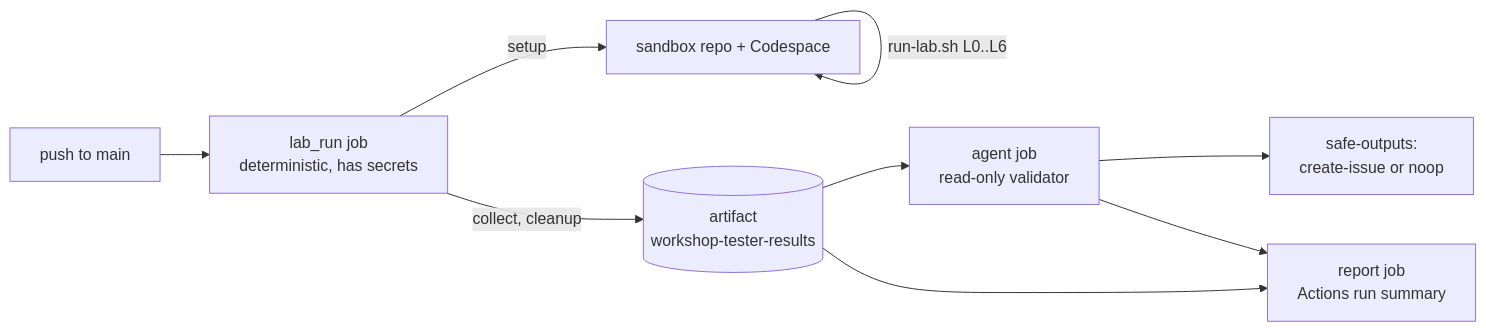
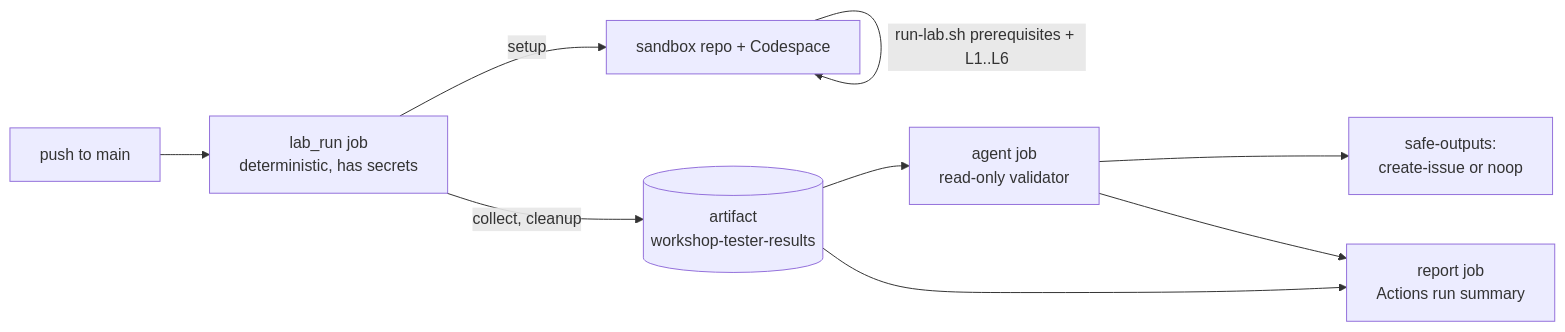
The diagram in tests/workshop/afternoon-2/README.md (Ch0wseth/AI-SDLC-Workshop-1), drawn with Mermaid before and after one commit. The commit also changed other lines of this file and 16 other files, not shown here.

````diff
--- a/tests/workshop/afternoon-2/README.md
+++ b/tests/workshop/afternoon-2/README.md
@@ -7,11 +7,11 @@
 ```mermaid
 flowchart LR
   A[push to main] --> B[lab_run job<br/>deterministic, has secrets]
   B -->|setup| C[sandbox repo + Codespace]
-  C -->|run-lab.sh L0..L6| C
+  C -->|run-lab.sh prerequisites + L1..L6| C
   B -->|collect, cleanup| D[(artifact<br/>workshop-tester-results)]
   D --> E[agent job<br/>read-only validator]
   E --> F[safe-outputs:<br/>create-issue or noop]
   D --> G[report job<br/>Actions run summary]
   E --> G
 ```
````
